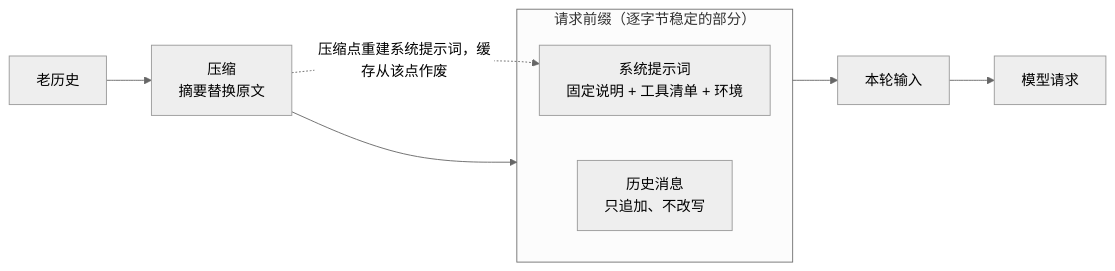
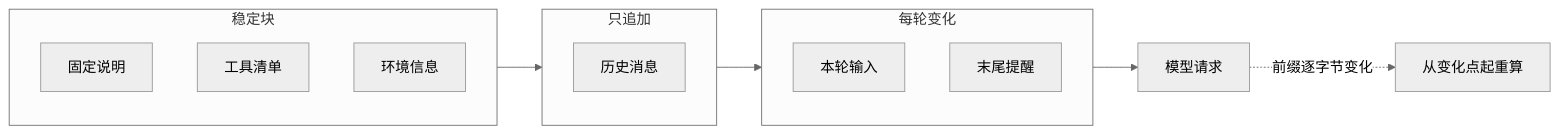
One commit to zachysun/awesome-agents-notes changed the second of 10 diagrams in notes/harness-design.md. Above: the diagram before and after it, drawn with Mermaid (neutral theme). The commit also changed other lines of this file, not shown here.

````diff
--- a/notes/harness-design.md
+++ b/notes/harness-design.md
@@ -75,12 +81,17 @@
 ```mermaid
 flowchart LR
-    subgraph PREFIX["请求前缀（逐字节稳定的部分）"]
-        S1["系统提示词<br/>固定说明 + 工具清单 + 环境"]
-        S2["历史消息<br/>只追加、不改写"]
+    subgraph STABLE["稳定块"]
+        S1["固定说明"]
+        S2["工具清单"]
+        S3["环境信息"]
     end
-    PREFIX --> CUR["本轮输入"]
-    CUR --> REQ["模型请求"]
-    OLD["老历史"] --> CMP["压缩<br/>摘要替换原文"]
-    CMP --> PREFIX
-    CMP -.->|"压缩点重建系统提示词，缓存从该点作废"| S1
+    subgraph APPEND["只追加"]
+        H["历史消息"]
+    end
+    subgraph VOLATILE["每轮变化"]
+        U["本轮输入"]
+        N["末尾提醒"]
+    end
+    STABLE --> APPEND --> VOLATILE --> REQ["模型请求"]
+    REQ -.->|"前缀逐字节变化"| MISS["从变化点起重算"]
 ```
````
